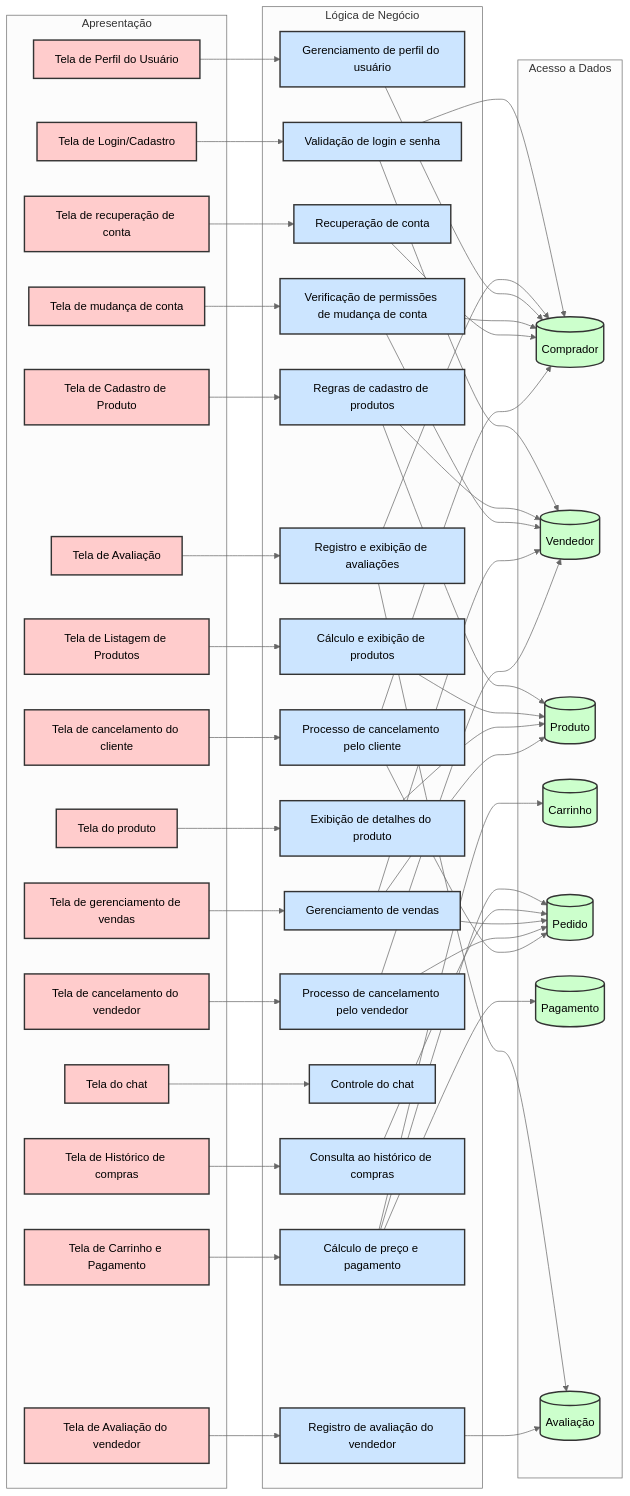
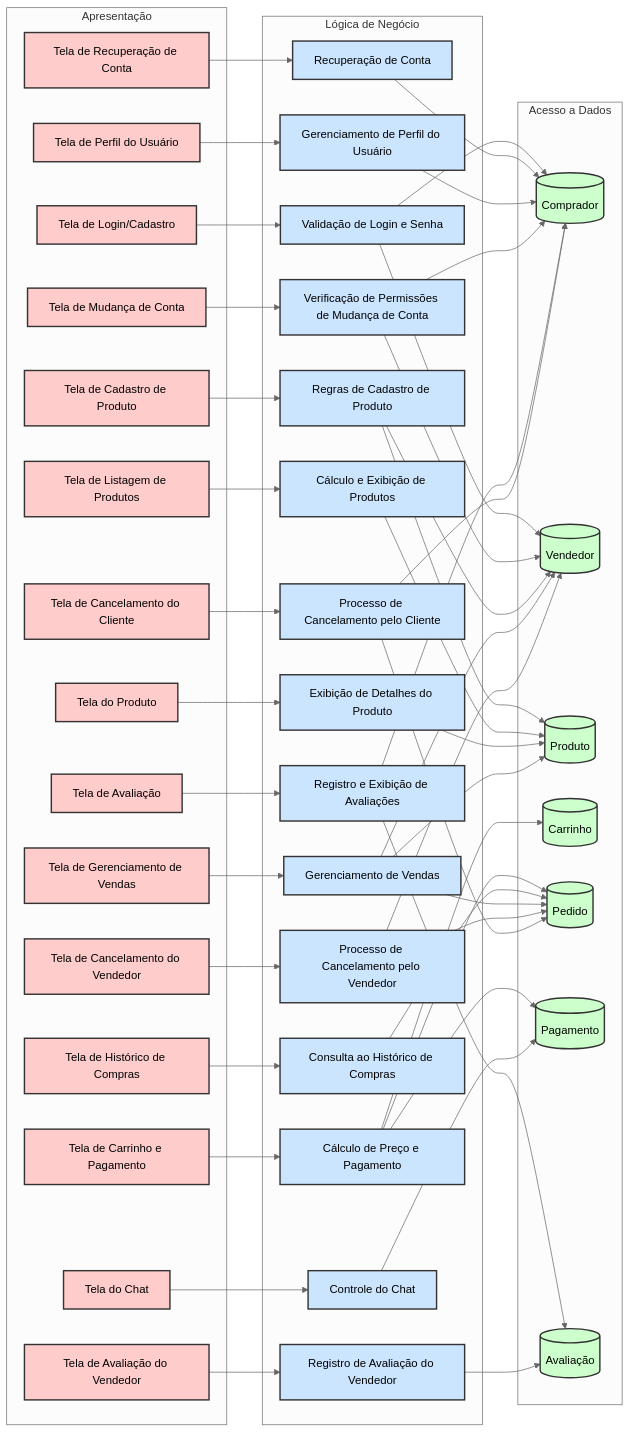
One commit to giovanni1351/EngenhariaDeSoftwareProjeto changed the diagram in Entrega_4/ilustracaoCompleta.md. Above: the diagram before and after it, drawn with Mermaid (neutral theme).

````diff
--- a/Entrega_4/ilustracaoCompleta.md
+++ b/Entrega_4/ilustracaoCompleta.md
@@ -3,39 +3,39 @@
     %% Camada de Apresentação
     subgraph Apresentação
         A1[Tela de Login/Cadastro]
-        A2[Tela de Cadastro de Produto]
+        A2[Tela de Recuperação de Conta]
+        A6[Tela de Perfil do Usuário]
+        A9[Tela de Mudança de Conta]
         A3[Tela de Listagem de Produtos]
+        A8[Tela do Produto]
+        A2A[Tela de Cadastro de Produto]
         A4[Tela de Carrinho e Pagamento]
         A5[Tela de Avaliação]
-        A6[Tela de Perfil do Usuário]
-        A7[Tela de Histórico de compras]
-        A8[Tela do produto]
-        A9[Tela de mudança de conta]
-        A10[Tela de gerenciamento de vendas]
-        A11[Tela de recuperação de conta]
-        A12[Tela do chat]
-        A13[Tela de cancelamento do vendedor]
-        A14[Tela de cancelamento do cliente]
-        A15[Tela de Avaliação do vendedor]
+        A7[Tela de Histórico de Compras]
+        A10[Tela de Gerenciamento de Vendas]
+        A12[Tela do Chat]
+        A13[Tela de Cancelamento do Vendedor]
+        A14[Tela de Cancelamento do Cliente]
+        A15[Tela de Avaliação do Vendedor]
     end
 
     %% Camada de Lógica de Negócio
     subgraph "Lógica de Negócio"
-        B1[Validação de login e senha]
-        B2[Regras de cadastro de produtos]
-        B3[Cálculo e exibição de produtos]
-        B4[Cálculo de preço e pagamento]
-        B5[Registro e exibição de avaliações]
-        B6[Gerenciamento de perfil do usuário]
-        B7[Consulta ao histórico de compras]
-        B8[Exibição de detalhes do produto]
-        B9[Verificação de permissões de mudança de conta]
-        B10[Gerenciamento de vendas]
-        B11[Recuperação de conta]
-        B12[Controle do chat]
-        B13[Processo de cancelamento pelo vendedor]
-        B14[Processo de cancelamento pelo cliente]
-        B15[Registro de avaliação do vendedor]
+        B1[Validação de Login e Senha]
+        B11[Recuperação de Conta]
+        B4[Cálculo de Preço e Pagamento]
+        B6[Gerenciamento de Perfil do Usuário]
+        B9[Verificação de Permissões de Mudança de Conta]
+        B2[Regras de Cadastro de Produto]
+        B3[Cálculo e Exibição de Produtos]
+        B5[Registro e Exibição de Avaliações]
+        B7[Consulta ao Histórico de Compras]
+        B8[Exibição de Detalhes do Produto]
+        B10[Gerenciamento de Vendas]
+        B12[Controle do Chat]
+        B13[Processo de Cancelamento pelo Vendedor]
+        B14[Processo de Cancelamento pelo Cliente]
+        B15[Registro de Avaliação do Vendedor]
     end
 
     %% Camada de Acesso a Dados
@@ -50,17 +50,17 @@
     end
 
     %% Conexões entre Apresentação e Lógica de Negócio
+    A2 --> B11
     A1 --> B1
-    A2 --> B2
+    A6 --> B6
+    A9 --> B9
     A3 --> B3
+    A8 --> B8
+    A2A --> B2
     A4 --> B4
     A5 --> B5
-    A6 --> B6
     A7 --> B7
-    A8 --> B8
-    A9 --> B9
     A10 --> B10
-    A11 --> B11
     A12 --> B12
     A13 --> B13
     A14 --> B14
@@ -69,27 +69,42 @@
     %% Conexões entre Lógica de Negócio e Acesso a Dados
     B1 --> C1
     B1 --> C2
+
+    B11 --> C1
+
+    B6 --> C1
+
+    B9 --> C1
+    B9 --> C2
+
     B2 --> C2
     B2 --> C3
+
     B3 --> C3
+
     B4 --> C4
     B4 --> C5
     B4 --> C6
+
     B5 --> C1
     B5 --> C7
-    B6 --> C1
+
     B7 --> C5
+
     B8 --> C3
-    B9 --> C1
-    B9 --> C2
+
     B10 --> C2
     B10 --> C3
     B10 --> C5
-    B11 --> C1
+
+    B12 --> C6
+
     B13 --> C5
     B13 --> C2
+
     B14 --> C5
     B14 --> C1
+
     B15 --> C7
 
     %% Estilo das camadas
@@ -97,7 +112,7 @@
     classDef negocio fill:#cce5ff,stroke:#333,stroke-width:2px;
     classDef dados fill:#ccffcc,stroke:#333,stroke-width:2px;
 
-    class A1,A2,A3,A4,A5,A6,A7,A8,A9,A10,A11,A12,A13,A14,A15 apresentacao;
-    class B1,B2,B3,B4,B5,B6,B7,B8,B9,B10,B11,B12,B13,B14,B15 negocio;
+    class A1,A2,A6,A9,A3,A8,A2A,A4,A5,A7,A10,A12,A13,A14,A15 apresentacao;
+    class B1,B11,B6,B9,B2,B3,B4,B5,B7,B8,B10,B12,B13,B14,B15 negocio;
     class C1,C2,C3,C4,C5,C6,C7 dados;
 ```
````
